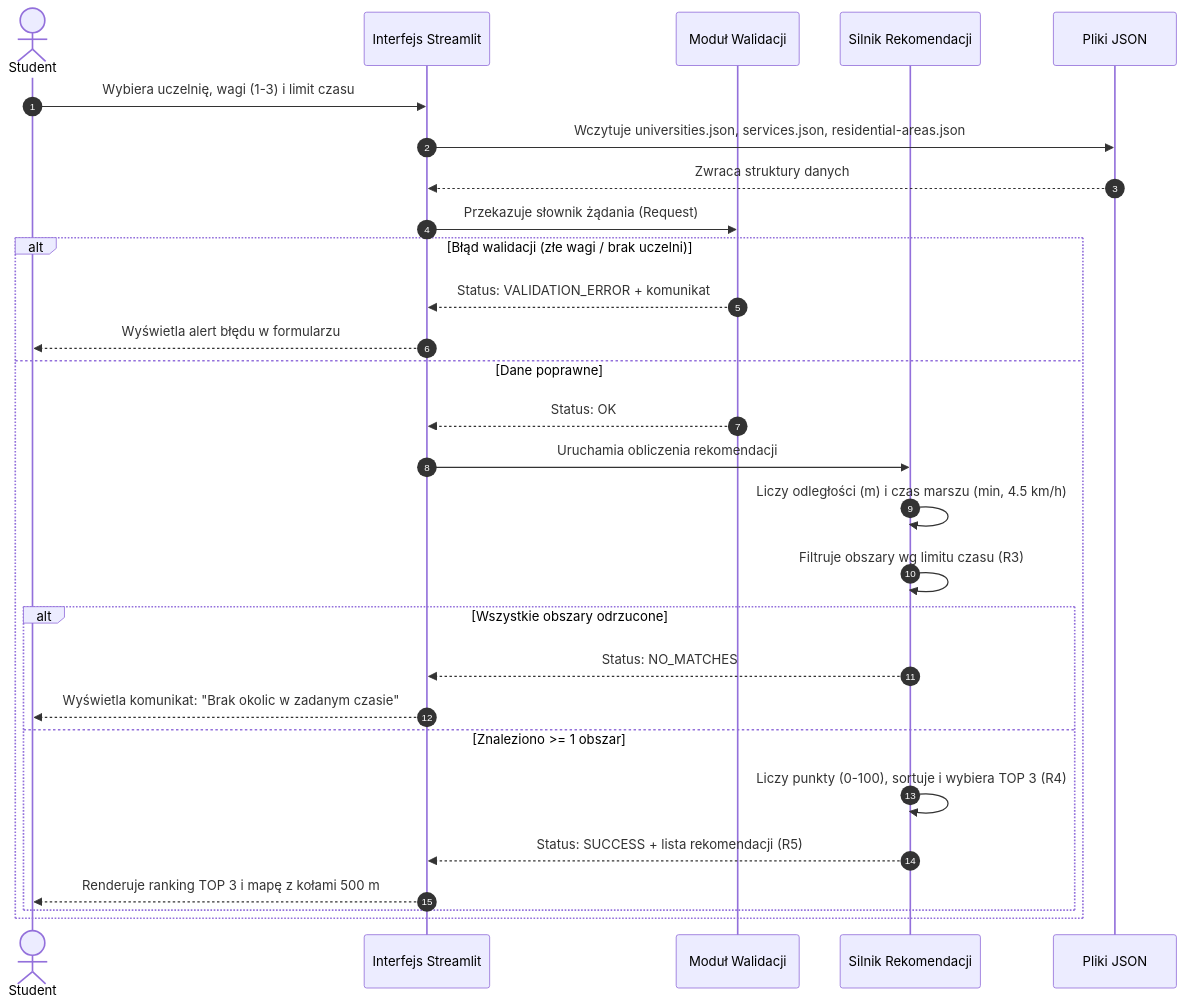
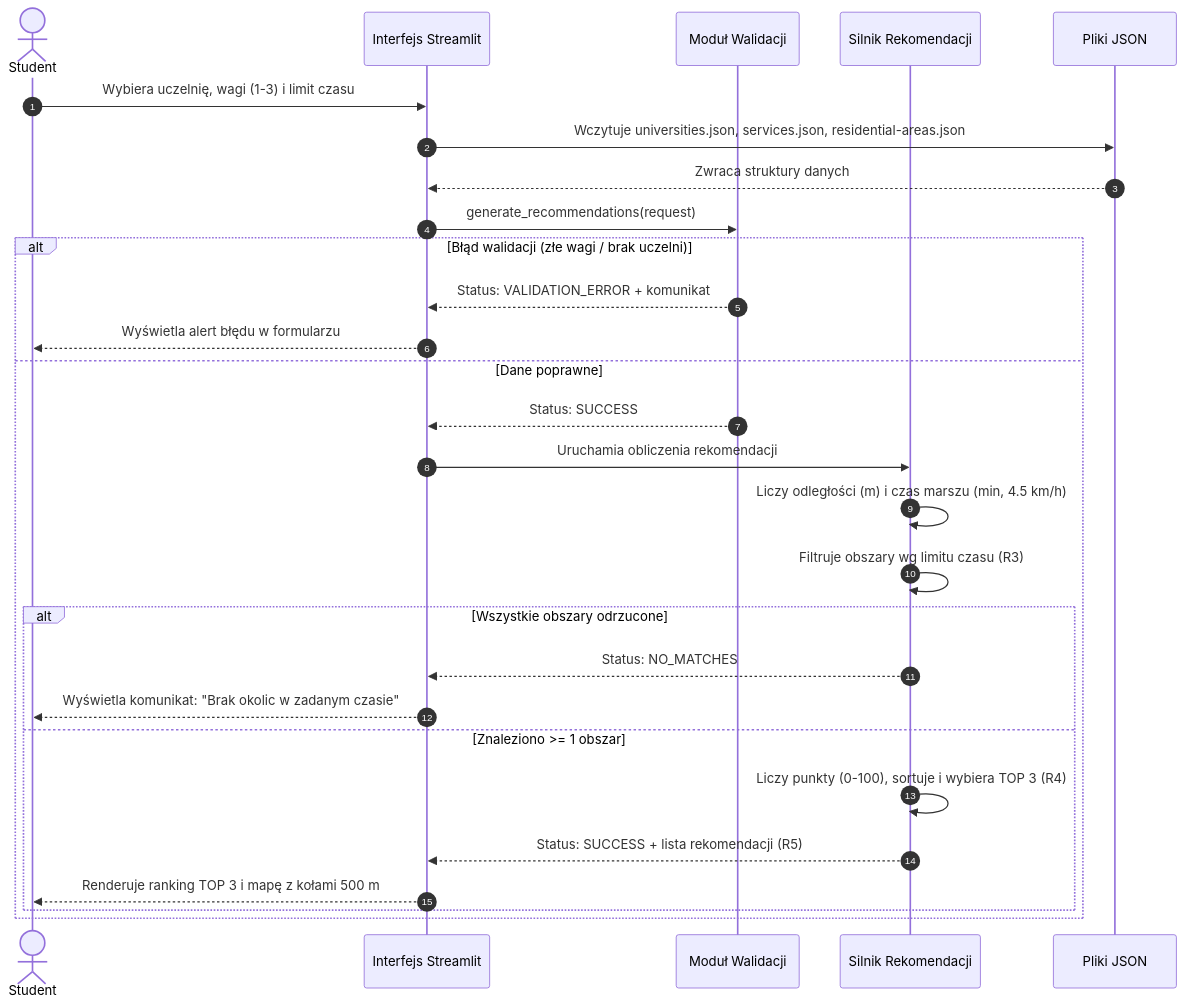
The first of 2 diagrams in docs/architecture.md (CoffiPants/System-rekomendacji-okolic-do-zamieszkania-dla-student-w-w-Rzeszowie), drawn with Mermaid before and after one commit. The commit also changed other lines of this file and 7 other files, not shown here.

````diff
--- a/docs/architecture.md
+++ b/docs/architecture.md
@@ -56,31 +56,31 @@
 ```mermaid
 sequenceDiagram
     autonumber
     actor Student
     participant UI as Interfejs Streamlit
     participant Val as Moduł Walidacji
     participant Engine as Silnik Rekomendacji
     participant Data as Pliki JSON
 
     Student->>UI: Wybiera uczelnię, wagi (1-3) i limit czasu
     UI->>Data: Wczytuje universities.json, services.json, residential-areas.json
     Data-->>UI: Zwraca struktury danych
-    UI->>Val: Przekazuje słownik żądania (Request)
+    UI->>Val: generate_recommendations(request)
     alt Błąd walidacji (złe wagi / brak uczelni)
         Val-->>UI: Status: VALIDATION_ERROR + komunikat
         UI-->>Student: Wyświetla alert błędu w formularzu
     else Dane poprawne
-        Val-->>UI: Status: OK
+        Val-->>UI: Status: SUCCESS
         UI->>Engine: Uruchamia obliczenia rekomendacji
         Engine->>Engine: Liczy odległości (m) i czas marszu (min, 4.5 km/h)
         Engine->>Engine: Filtruje obszary wg limitu czasu (R3)
         alt Wszystkie obszary odrzucone
             Engine-->>UI: Status: NO_MATCHES
             UI-->>Student: Wyświetla komunikat: "Brak okolic w zadanym czasie"
         else Znaleziono >= 1 obszar
             Engine->>Engine: Liczy punkty (0-100), sortuje i wybiera TOP 3 (R4)
             Engine-->>UI: Status: SUCCESS + lista rekomendacji (R5)
             UI-->>Student: Renderuje ranking TOP 3 i mapę z kołami 500 m
         end
     end
 ```
````
